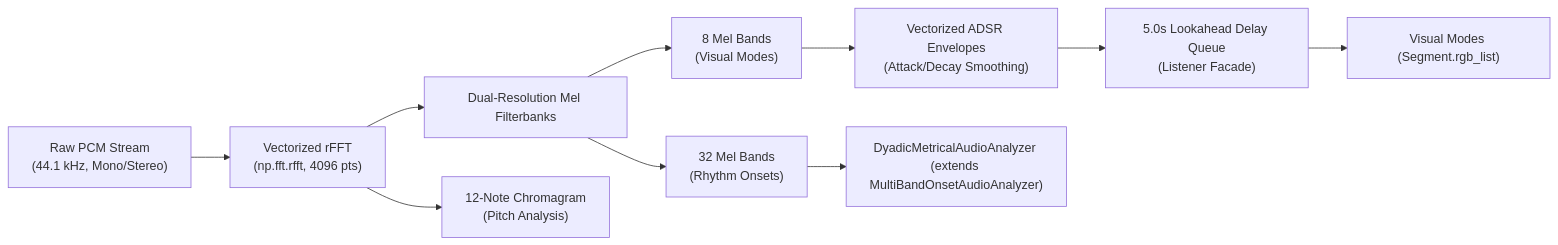
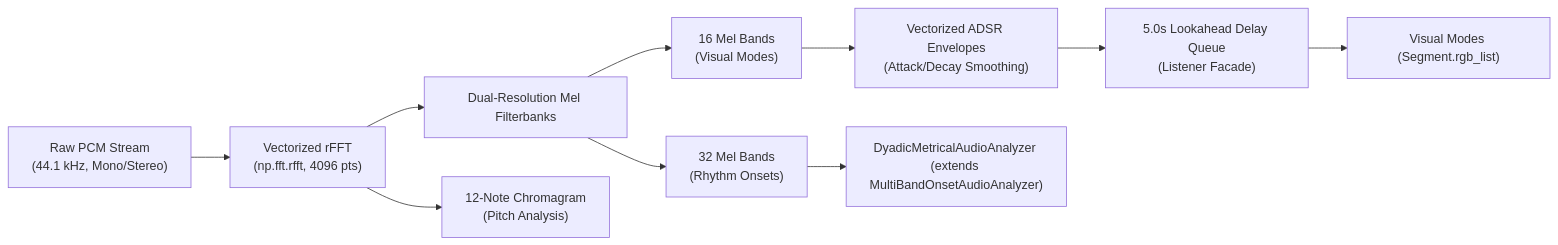
The diagram in docs/architecture/audio_pipeline.md (LucRobey/vialactee), drawn with Mermaid before and after one commit. The commit also changed other lines of this file and 31 other files, not shown here.

Commit message:
feat(music,modes): upgrade visual Mel filterbank from 8 to 16 bands everywhere

````diff
--- a/docs/architecture/audio_pipeline.md
+++ b/docs/architecture/audio_pipeline.md
@@ -14,12 +14,12 @@
 ```mermaid
 graph LR
     PCM["Raw PCM Stream<br/>(44.1 kHz, Mono/Stereo)"] --> FFT["Vectorized rFFT<br/>(np.fft.rfft, 4096 pts)"]
     FFT --> DualMel["Dual-Resolution Mel Filterbanks"]
-    DualMel --> Bands8["8 Mel Bands<br/>(Visual Modes)"]
+    DualMel --> Bands16["16 Mel Bands<br/>(Visual Modes)"]
     DualMel --> Bands32["32 Mel Bands<br/>(Rhythm Onsets)"]
     FFT --> Chroma["12-Note Chromagram<br/>(Pitch Analysis)"]
-    Bands8 --> ADSR["Vectorized ADSR Envelopes<br/>(Attack/Decay Smoothing)"]
+    Bands16 --> ADSR["Vectorized ADSR Envelopes<br/>(Attack/Decay Smoothing)"]
     ADSR --> DelayQueue["5.0s Lookahead Delay Queue<br/>(Listener Facade)"]
     DelayQueue --> VisualModes["Visual Modes (Segment.rgb_list)"]
     Bands32 --> MultiBand["DyadicMetricalAudioAnalyzer (extends MultiBandOnsetAudioAnalyzer)"]
 ```
````
